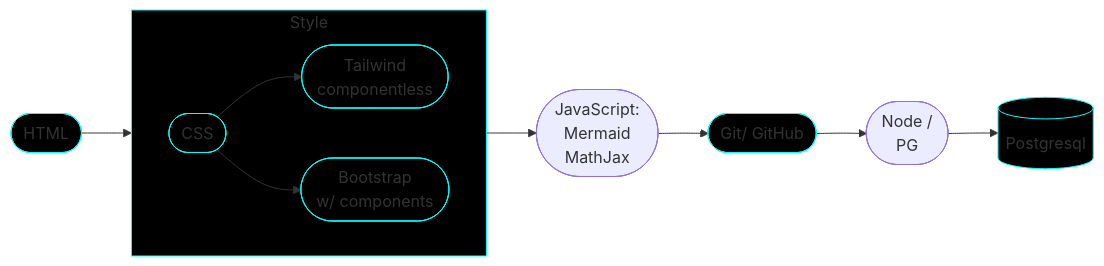
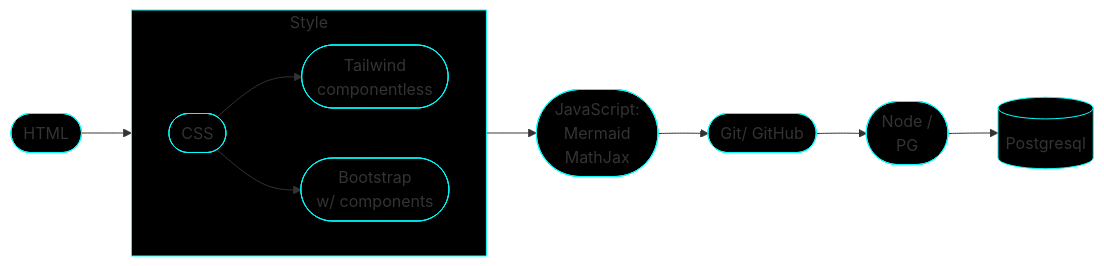
Before and after one commit to frankburgs/frankburgs: the diagram in readme.md, drawn with Mermaid.

Commit message:
Forgot styling

````diff
--- a/readme.md
+++ b/readme.md
@@ -35,15 +35,15 @@
 ``` mermaid
       flowchart LR;
       html([HTML]) --> Style;
       subgraph Style;
         direction LR;
         CSS([CSS]) --> Tailwind([Tailwind<br/>componentless]);
         CSS --> Bootstrap([Bootstrap<br/>w/ components]);
       end;
-      Style --> mermaid([JavaScript:<br/>Mermaid<br/>MathJax]);
-      mermaid --> gh([Git/ GitHub]);
+      Style --> js([JavaScript:<br/>Mermaid<br/>MathJax]);
+      js --> gh([Git/ GitHub]);
       gh --> node([Node /<br/>PG]);
       node --> sql[(Postgresql)];
-      class html,Mermaid,gh,React,Node,sql,Style,CSS,Tailwind,Bootstrap cssClass;
+      class html,js,gh,node,sql,Style,CSS,Tailwind,Bootstrap cssClass;
       classDef cssClass fill:black,stroke:aqua;
 ```
````
